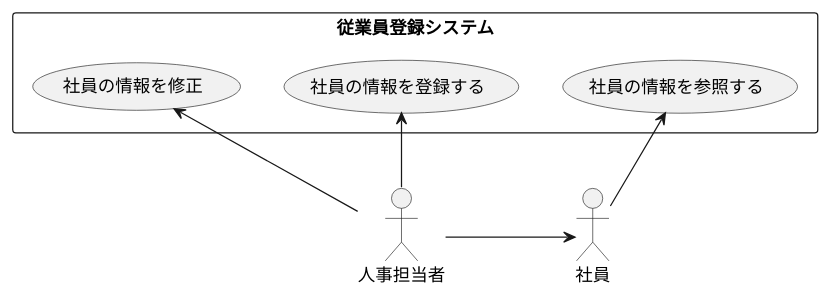
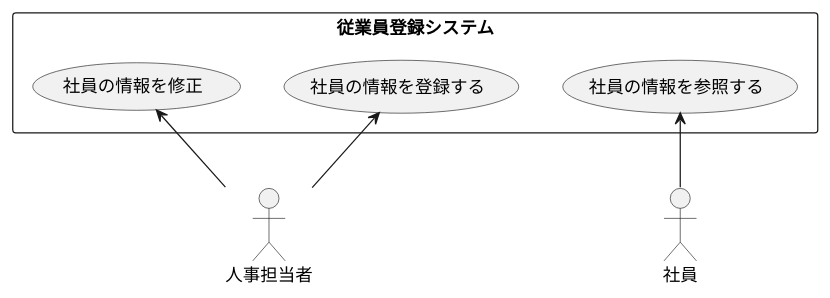
Before and after one commit to ponkotu1/uml-introduction: the diagram in 演習2-6_盛岡システム_従業員登録システム.pu, drawn with PlantUML. The commit also changed 1 other file, not shown here.

```diff
--- a/演習2-6_盛岡システム_従業員登録システム.pu
+++ b/演習2-6_盛岡システム_従業員登録システム.pu
@@ -1,18 +1,16 @@
 @startuml 盛岡商事
 actor 人事担当者
 actor 社員
 rectangle 従業員登録システム {
 usecase 社員の情報を登録する
 usecase 社員の情報を参照する
 usecase 社員の情報を修正
 
 
 }
-
-人事担当者 -> 社員
 社員の情報を登録する <--人事担当者
 社員の情報を参照する <-- 社員
 社員の情報を修正 <-- 人事担当者
 
 
 @enduml
```
